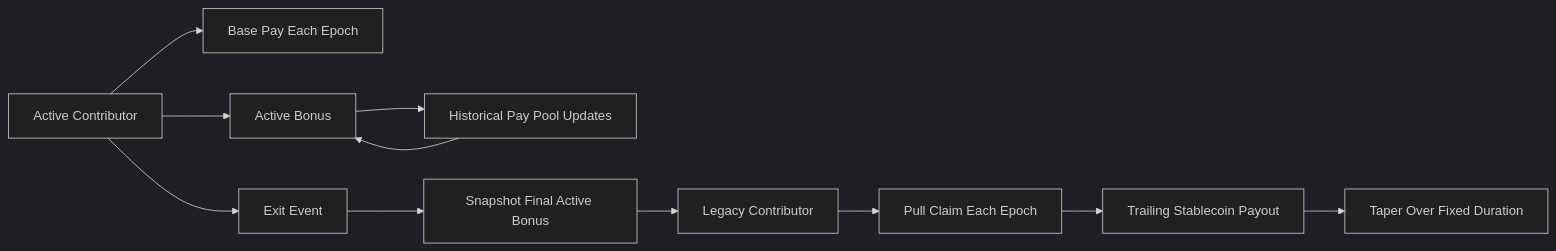
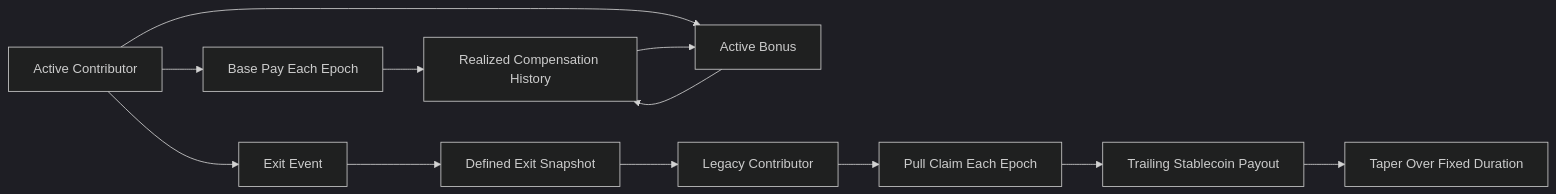
One commit to haydenluckadoo-web/Trailing-Labor-Yield changed the second of 6 diagrams in paper/tly_visual_diagrams.md. Above: the diagram before and after it, drawn with Mermaid (dark theme). The commit also changed other lines of this file and 12 other files, not shown here.

````diff
--- a/paper/tly_visual_diagrams.md
+++ b/paper/tly_visual_diagrams.md
@@ -12,13 +32,14 @@
 ```mermaid
 flowchart LR
     A[Active Contributor] --> B[Base Pay Each Epoch]
     A --> C[Active Bonus]
-    C --> D[Historical Pay Pool Updates]
+    C --> D[Realized Compensation History]
+    B --> D
     D --> C
     A --> E[Exit Event]
-    E --> F[Snapshot Final Active Bonus]
+    E --> F[Defined Exit Snapshot]
     F --> G[Legacy Contributor]
     G --> H[Pull Claim Each Epoch]
     H --> I[Trailing Stablecoin Payout]
     I --> J[Taper Over Fixed Duration]
 ```
````
